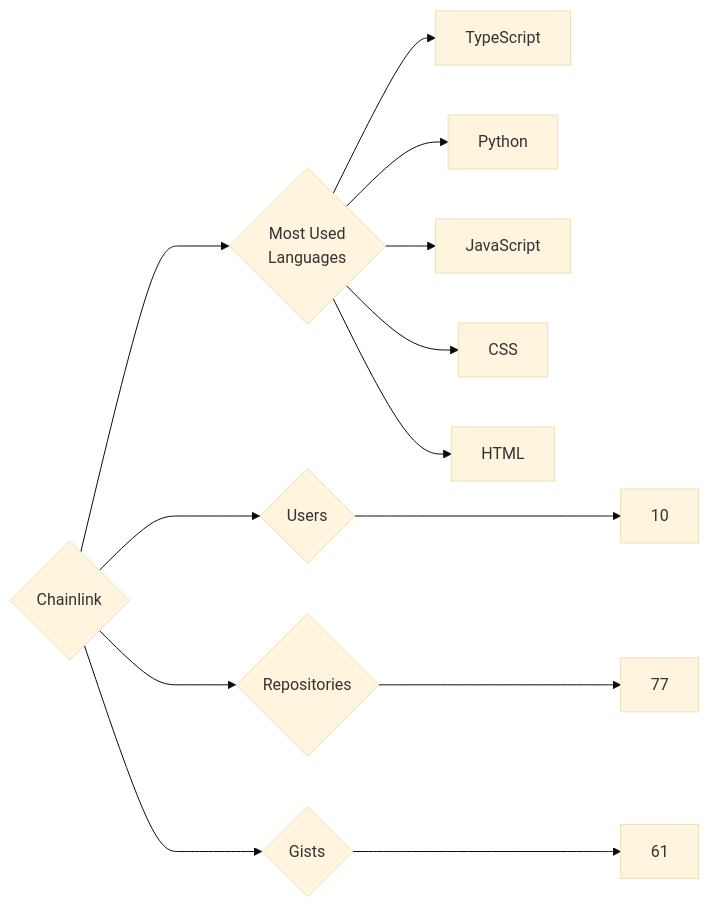
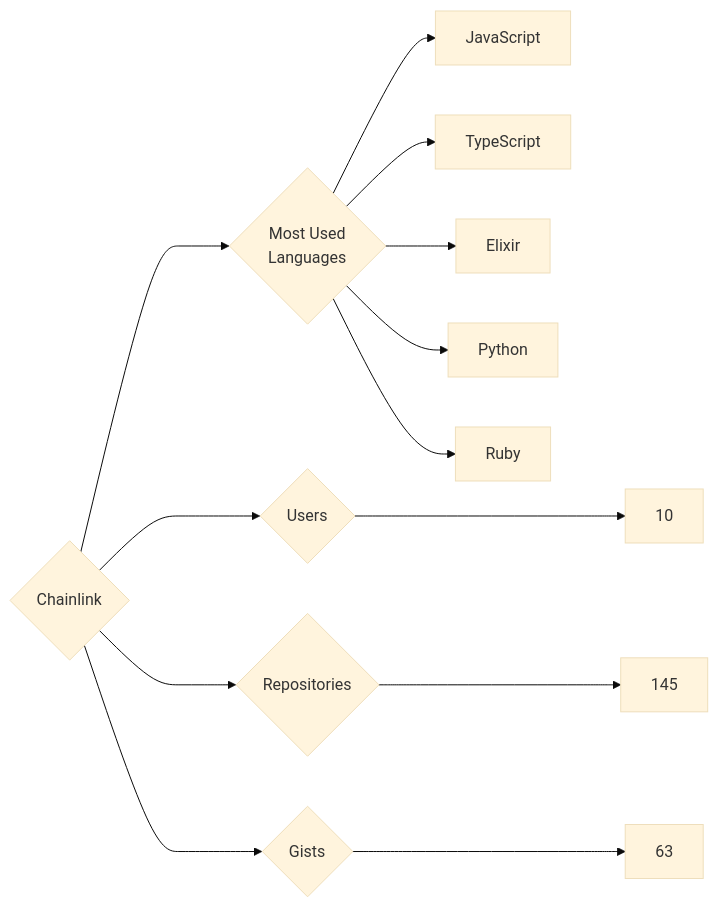
The diagram in targets/Chainlink/README.md (trickest/insiders), drawn with Mermaid (base theme) before and after one commit. The commit also changed 1092 other files, not shown here.

````diff
--- a/targets/Chainlink/README.md
+++ b/targets/Chainlink/README.md
@@ -3,13 +3,13 @@
 ```mermaid
 graph LR
 COMPANY_NAME{Chainlink}
 COMPANY_NAME ---> U{Users} ---> UN[10]
-COMPANY_NAME ---> R{Repositories} ---> RN[77]
-COMPANY_NAME ---> G{Gists} ---> GN[61]
+COMPANY_NAME ---> R{Repositories} ---> RN[145]
+COMPANY_NAME ---> G{Gists} ---> GN[63]
 COMPANY_NAME ---> ML{Most Used<br>Languages}
+ML --> JavaScript[JavaScript]
 ML --> TypeScript[TypeScript]
+ML --> Elixir[Elixir]
 ML --> Python[Python]
-ML --> JavaScript[JavaScript]
-ML --> CSS[CSS]
-ML --> HTML[HTML]
+ML --> Ruby[Ruby]
 ```
````
